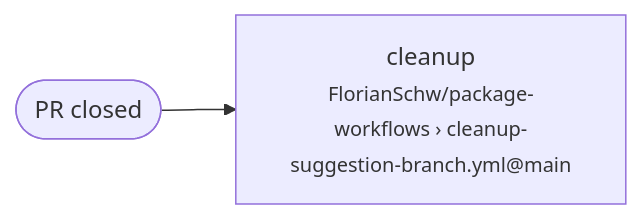
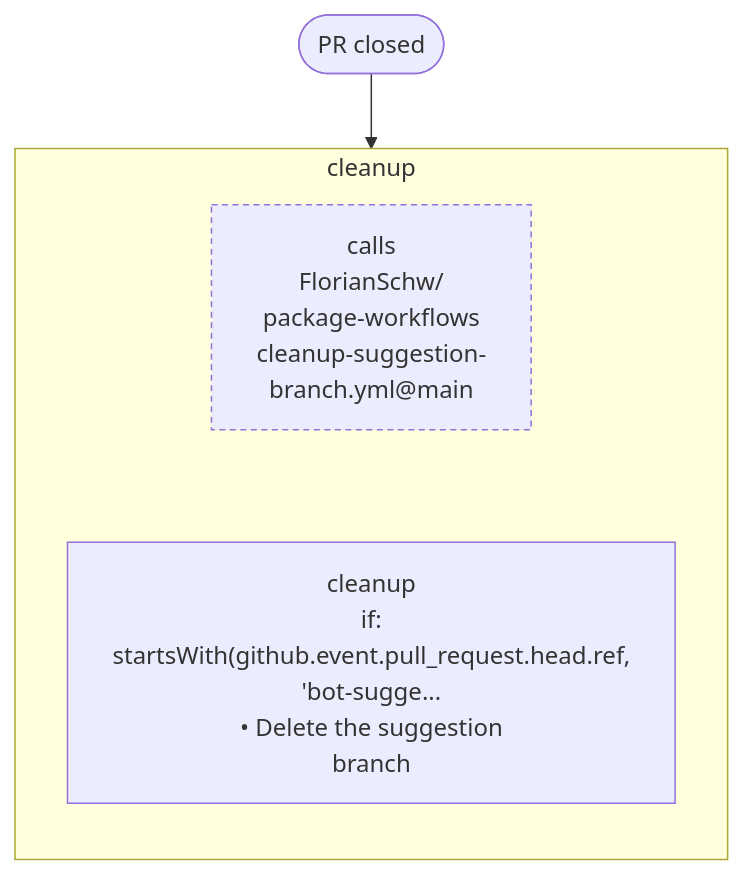
Before and after one commit to nfdi4health/dsSupportClient: the seventh of 15 diagrams in .github/workflow-graphs/README.md, drawn with Mermaid. The commit also changed other lines of this file, not shown here.

Commit message:
docs: update workflow diagrams

````diff
--- a/.github/workflow-graphs/README.md
+++ b/.github/workflow-graphs/README.md
@@ -64,6 +169,12 @@
 ```mermaid
-flowchart LR
+flowchart TD
   start(["PR closed"])
-  job_cleanup["cleanup<br/><small>FlorianSchw/package-workflows › cleanup-suggestion-branch.yml@main</small>"]
+  subgraph job_cleanup ["cleanup"]
+    direction TB
+    job_cleanup__ref["calls<br/>FlorianSchw/<br/>package-workflows<br/>cleanup-suggestion-<br/>branch.yml@main"]:::refnote
+    job_cleanup__cleanup["cleanup<br/>if:<br/>startsWith(github.event.pull_request.head.ref,<br/>'bot-sugge...<br/>• Delete the suggestion<br/>branch"]
+    job_cleanup__ref ~~~ job_cleanup__cleanup
+  end
   start --> job_cleanup
+  classDef refnote stroke-dasharray: 4 3
 ```
````
